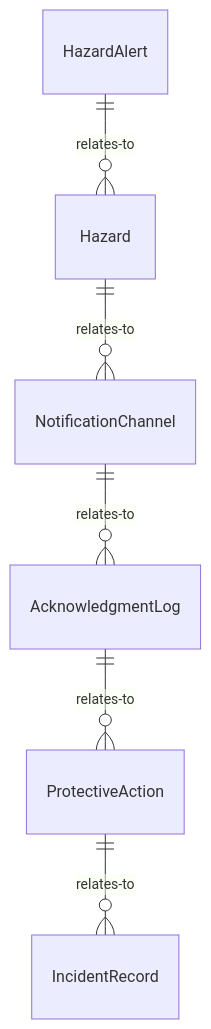
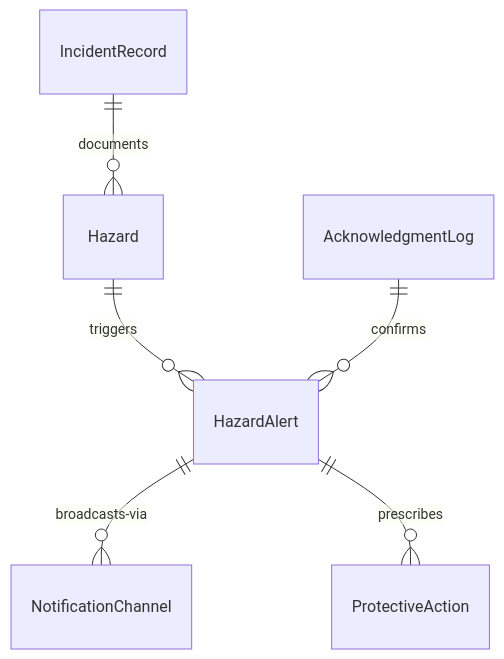
The first of 4 diagrams in CommunicatingWithSupervisorsPeersOrSubordinates/NotifyOthersOfEmergenciesOrProblems/NotifyOthersEmergenciesProblemsHazards.mdx (dot-org-ai/tasks.org.ai), drawn with Mermaid before and after one commit. The commit also changed other lines of this file and 515 other files, not shown here.

````diff
--- a/CommunicatingWithSupervisorsPeersOrSubordinates/NotifyOthersOfEmergenciesOrProblems/NotifyOthersEmergenciesProblemsHazards.mdx
+++ b/CommunicatingWithSupervisorsPeersOrSubordinates/NotifyOthersOfEmergenciesOrProblems/NotifyOthersEmergenciesProblemsHazards.mdx
@@ -85,8 +85,8 @@
 ```mermaid
 erDiagram
-    HazardAlert ||--o{ Hazard : relates-to
-    Hazard ||--o{ NotificationChannel : relates-to
-    NotificationChannel ||--o{ AcknowledgmentLog : relates-to
-    AcknowledgmentLog ||--o{ ProtectiveAction : relates-to
-    ProtectiveAction ||--o{ IncidentRecord : relates-to
+    Hazard ||--o{ HazardAlert : triggers
+    HazardAlert ||--o{ NotificationChannel : broadcasts-via
+    HazardAlert ||--o{ ProtectiveAction : prescribes
+    AcknowledgmentLog ||--o{ HazardAlert : confirms
+    IncidentRecord ||--o{ Hazard : documents
 ```
````
